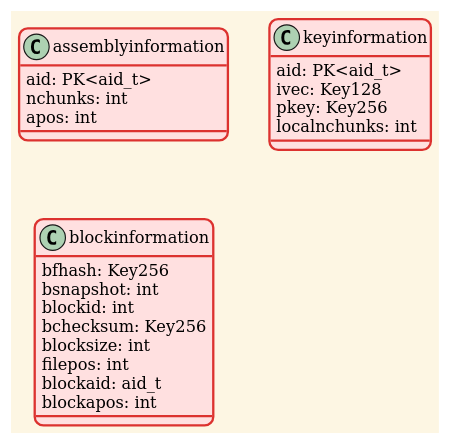
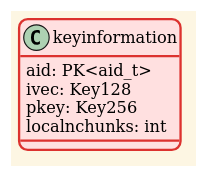
Before and after one commit to eLyKseeR/modelling: the second of 5 diagrams in relations.uml/assembly.puml, drawn with PlantUML. The commit also changed 15 other files, not shown here.

```diff
--- a/relations.uml/assembly.puml
+++ b/relations.uml/assembly.puml
@@ -3,33 +14,15 @@
-@startuml assembly data
+@startuml keyinformation
 
 !theme sunlust
-
-class assemblyinformation {
-    aid: PK<aid_t>
-    nchunks: int
-    apos: int
-}
 
 class keyinformation {
     aid: PK<aid_t>
     ivec: Key128
     pkey: Key256
     localnchunks: int
 }
 
 'note right of keyinformation::aid
 '    primary key
 'end note
-
-class blockinformation {
-    bfhash: Key256
-    bsnapshot: int
-    blockid: int
-    bchecksum: Key256
-    blocksize: int
-    filepos: int
-    blockaid: aid_t
-    blockapos: int
-}
-
 @enduml
```
